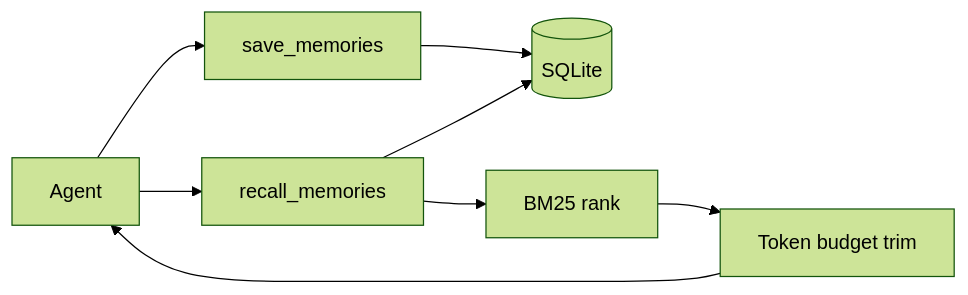
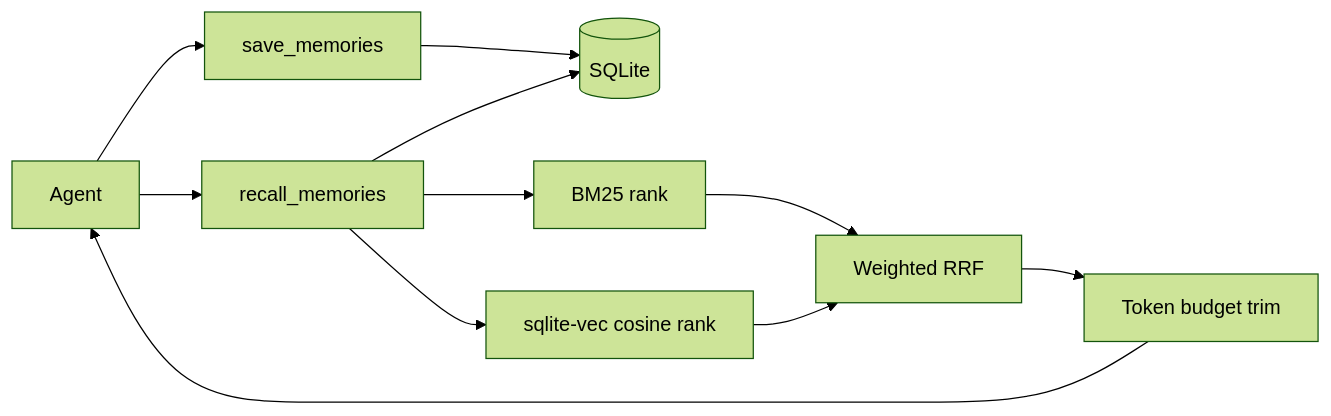
The diagram in README.md (TinySuiteHQ/TinyContext), drawn with Mermaid (forest theme) before and after one commit. The commit also changed other lines of this file and 36 other files, not shown here.

````diff
--- a/README.md
+++ b/README.md
@@ -166,10 +168,13 @@
 ```mermaid
 flowchart LR
     A[Agent] --> B[save_memories]
     A --> C[recall_memories]
     B --> D[(SQLite)]
     C --> D
     C --> E[BM25 rank]
-    E --> F[Token budget trim]
+    C --> G[sqlite-vec cosine rank]
+    E --> H[Weighted RRF]
+    G --> H
+    H --> F[Token budget trim]
     F --> A
 ```
````
